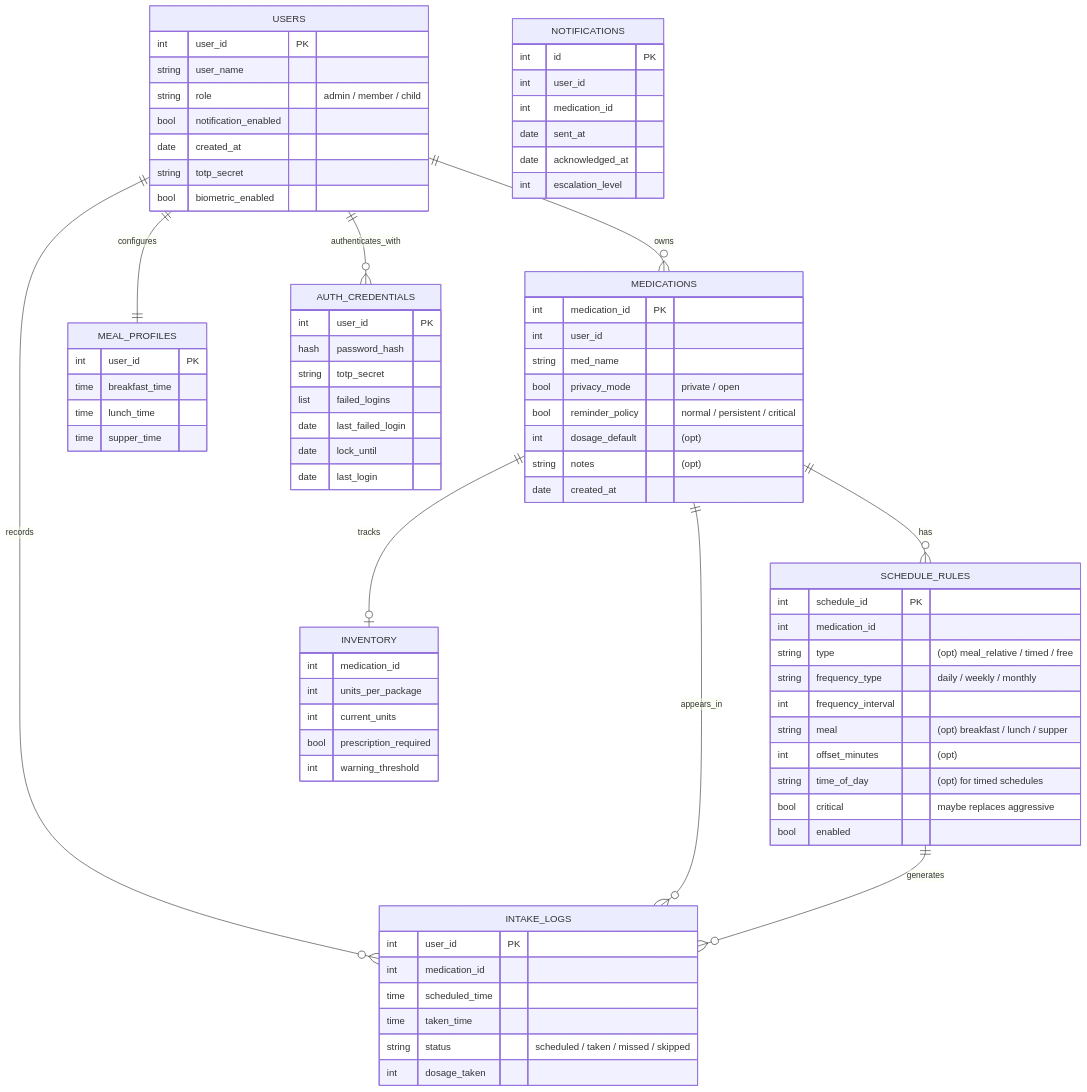
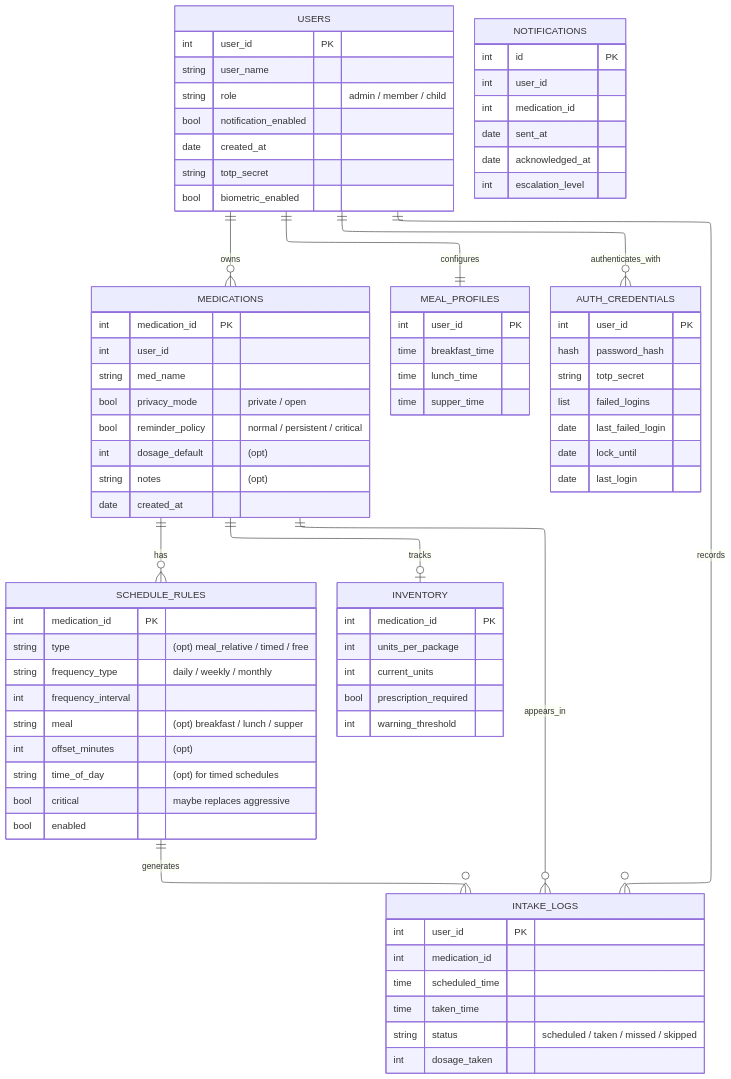
One commit to juscghwe/pilltracker changed the second of 2 diagrams in docs/SDD.md. Above: the diagram before and after it, drawn with Mermaid.

Commit message:
docs: update entity relationships and enhance schedule rules in data design

````diff
--- a/docs/SDD.md
+++ b/docs/SDD.md
@@ -94,4 +94,8 @@
 ```mermaid
+---
+config:
+  layout: elk
+---
 erDiagram
     USERS ||--o{ MEDICATIONS : owns
     USERS ||--|| MEAL_PROFILES : configures
@@ -114,19 +118,6 @@
         bool biometric_enabled
     }
 
-    SCHEDULE_RULES {
-        int schedule_id PK
-        int medication_id
-        string type "(opt) meal_relative / timed / free"
-        string frequency_type "daily / weekly / monthly"
-        int frequency_interval
-        string meal "(opt) breakfast / lunch / supper"
-        int offset_minutes "(opt)"
-        string time_of_day "(opt) for timed schedules"
-        bool critical "maybe replaces aggressive"
-        bool enabled
-    }
-
     MEDICATIONS {
         int medication_id PK
         int user_id
@@ -138,8 +129,20 @@
         date created_at
     }
 
+    SCHEDULE_RULES {
+        int medication_id PK
+        string type "(opt) meal_relative / timed / free"
+        string frequency_type "daily / weekly / monthly"
+        int frequency_interval
+        string meal "(opt) breakfast / lunch / supper"
+        int offset_minutes "(opt)"
+        string time_of_day "(opt) for timed schedules"
+        bool critical "maybe replaces aggressive"
+        bool enabled
+    }
+
     INVENTORY {
-        int medication_id
+        int medication_id PK
         int units_per_package
         int current_units
         bool prescription_required
````
